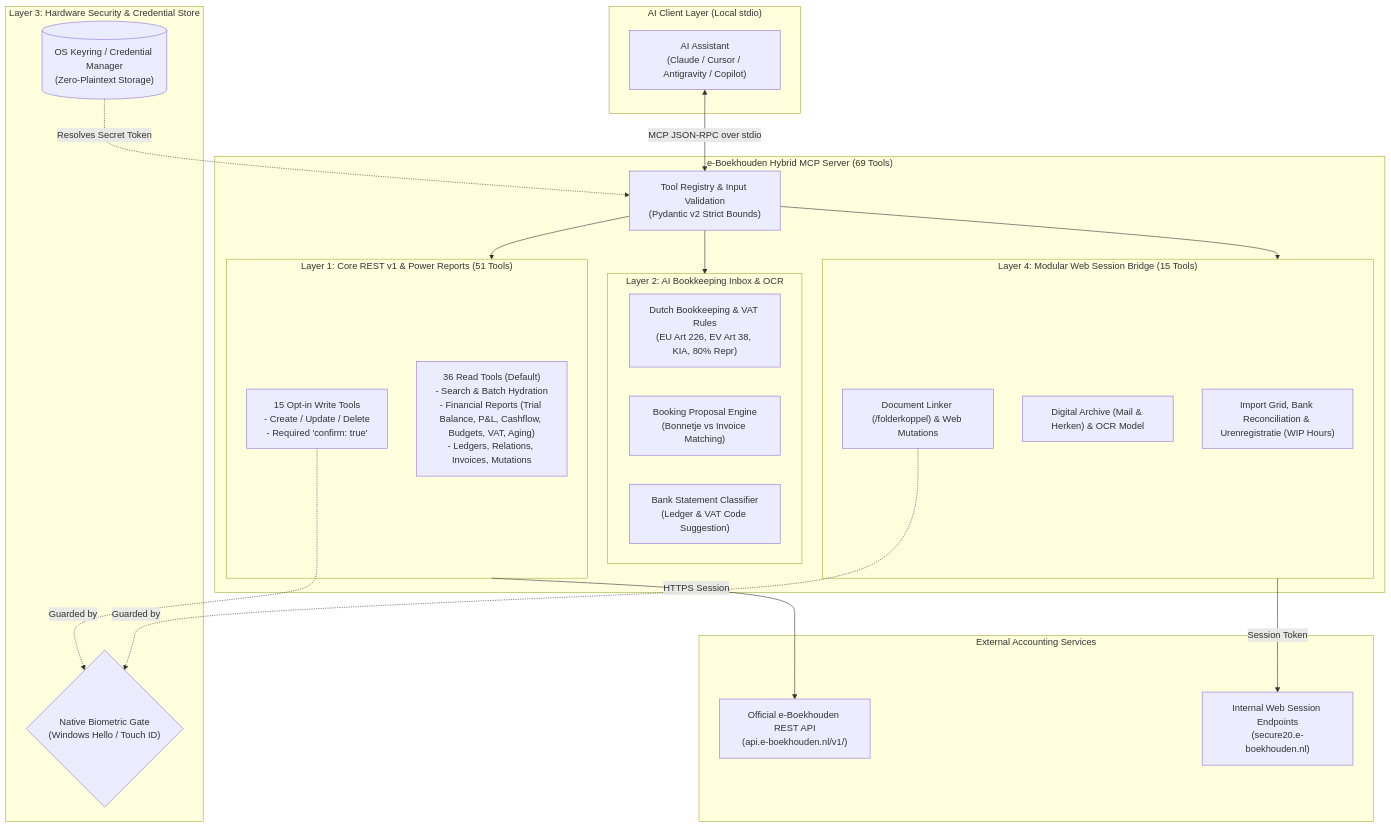
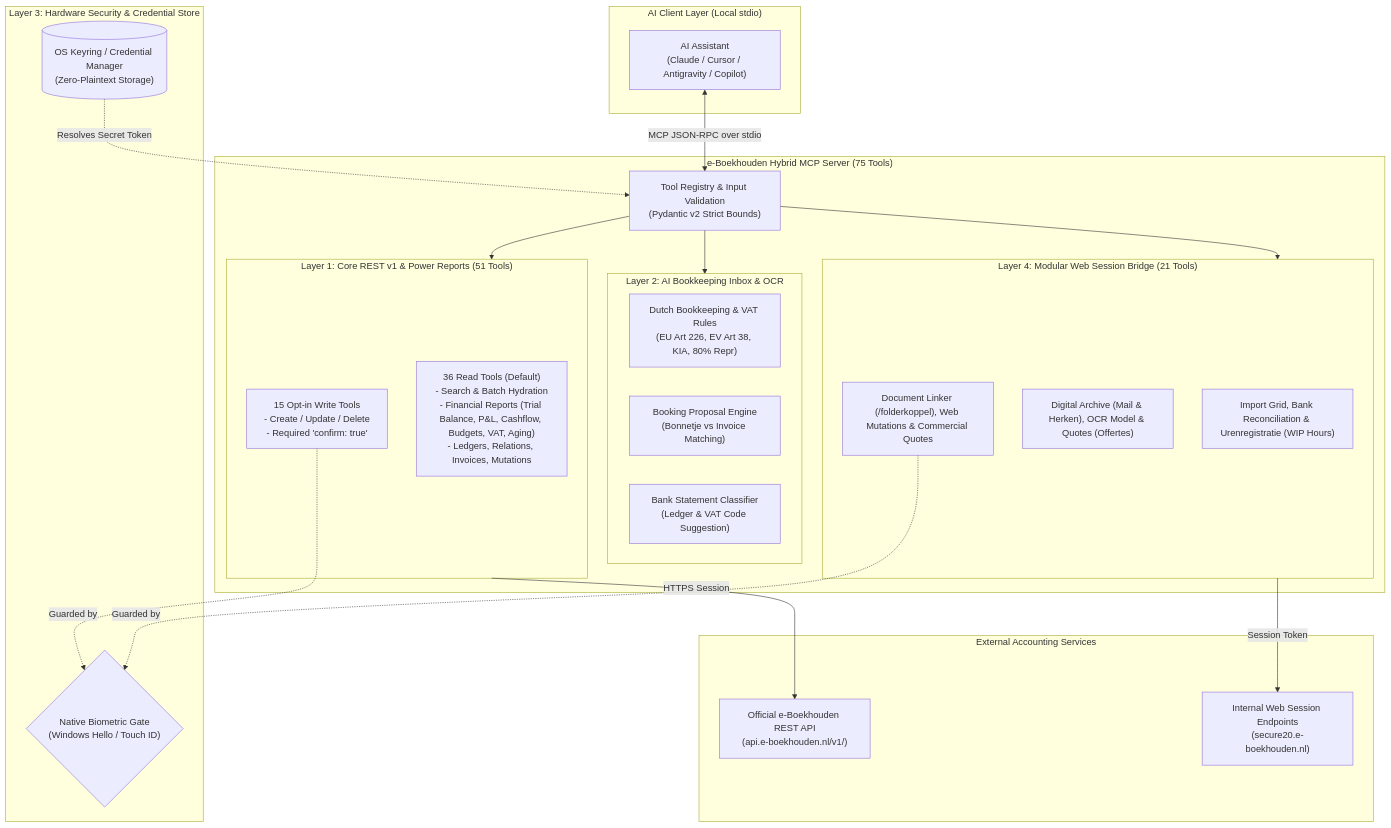
One commit to hemelbesem90s/e-Boekhouden-MCP changed the diagram in README.md. Above: the diagram before and after it, drawn with Mermaid. The commit also changed other lines of this file and 11 other files, not shown here.

Commit message:
feat(web-session): add Offertes & Bestellingen quote management tools

````diff
--- a/README.md
+++ b/README.md
@@ -43,47 +43,47 @@
 ```mermaid
 flowchart TD
     subgraph ClientLayer["AI Client Layer (Local stdio)"]
         AI["AI Assistant\n(Claude / Cursor / Antigravity / Copilot)"]
     end
 
     subgraph SecurityLayer["Layer 3: Hardware Security & Credential Store"]
         BioGate{"Native Biometric Gate\n(Windows Hello / Touch ID)"}
         KeyringStore[("OS Keyring / Credential Manager\n(Zero-Plaintext Storage)")]
     end
 
-    subgraph MCPServer["e-Boekhouden Hybrid MCP Server (69 Tools)"]
+    subgraph MCPServer["e-Boekhouden Hybrid MCP Server (75 Tools)"]
         Registry["Tool Registry & Input Validation\n(Pydantic v2 Strict Bounds)"]
         
         subgraph L1["Layer 1: Core REST v1 & Power Reports (51 Tools)"]
             RESTRead["36 Read Tools (Default)\n- Search & Batch Hydration\n- Financial Reports (Trial Balance, P&L, Cashflow, Budgets, VAT, Aging)\n- Ledgers, Relations, Invoices, Mutations"]
             RESTWrite["15 Opt-in Write Tools\n- Create / Update / Delete\n- Required 'confirm: true'"]
         end
 
         subgraph L2["Layer 2: AI Bookkeeping Inbox & OCR"]
             DutchRules["Dutch Bookkeeping & VAT Rules\n(EU Art 226, EV Art 38, KIA, 80% Repr)"]
             Proposal["Booking Proposal Engine\n(Bonnetje vs Invoice Matching)"]
             BankClassify["Bank Statement Classifier\n(Ledger & VAT Code Suggestion)"]
         end
 
-        subgraph L4["Layer 4: Modular Web Session Bridge (15 Tools)"]
+        subgraph L4["Layer 4: Modular Web Session Bridge (21 Tools)"]
             WebGrid["Import Grid, Bank Reconciliation & Urenregistratie (WIP Hours)"]
-            WebArchive["Digital Archive (Mail & Herken) & OCR Model"]
-            WebAttach["Document Linker (/folderkoppel) & Web Mutations"]
+            WebArchive["Digital Archive (Mail & Herken), OCR Model & Quotes (Offertes)"]
+            WebAttach["Document Linker (/folderkoppel), Web Mutations & Commercial Quotes"]
         end
     end
 
     subgraph RemoteAPI["External Accounting Services"]
         OfficialAPI["Official e-Boekhouden REST API\n(api.e-boekhouden.nl/v1/)"]
         WebSession["Internal Web Session Endpoints\n(secure20.e-boekhouden.nl)"]
     end
 
     AI <-->|MCP JSON-RPC over stdio| Registry
     KeyringStore -.->|Resolves Secret Token| Registry
     Registry --> L1
     Registry --> L2
     Registry --> L4
     RESTWrite -.->|Guarded by| BioGate
     WebAttach -.->|Guarded by| BioGate
     L1 -->|HTTPS Session| OfficialAPI
     L4 -->|Session Token| WebSession
 ```
````
